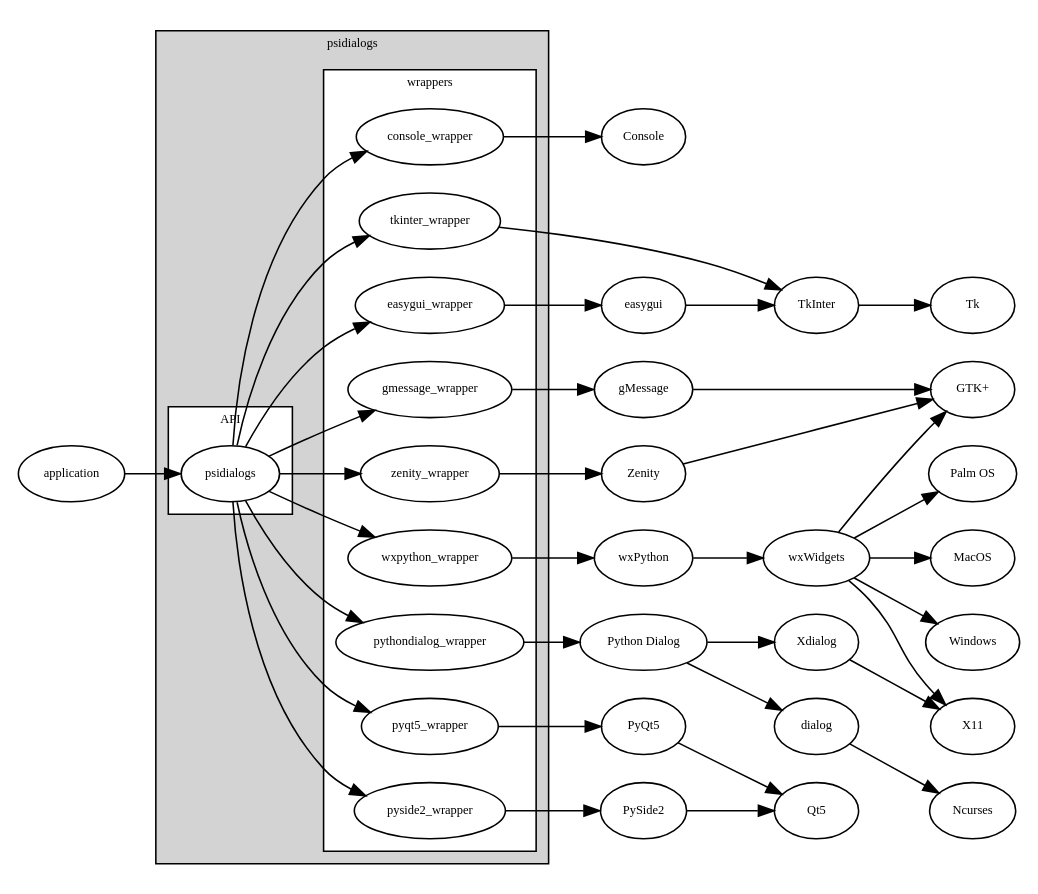
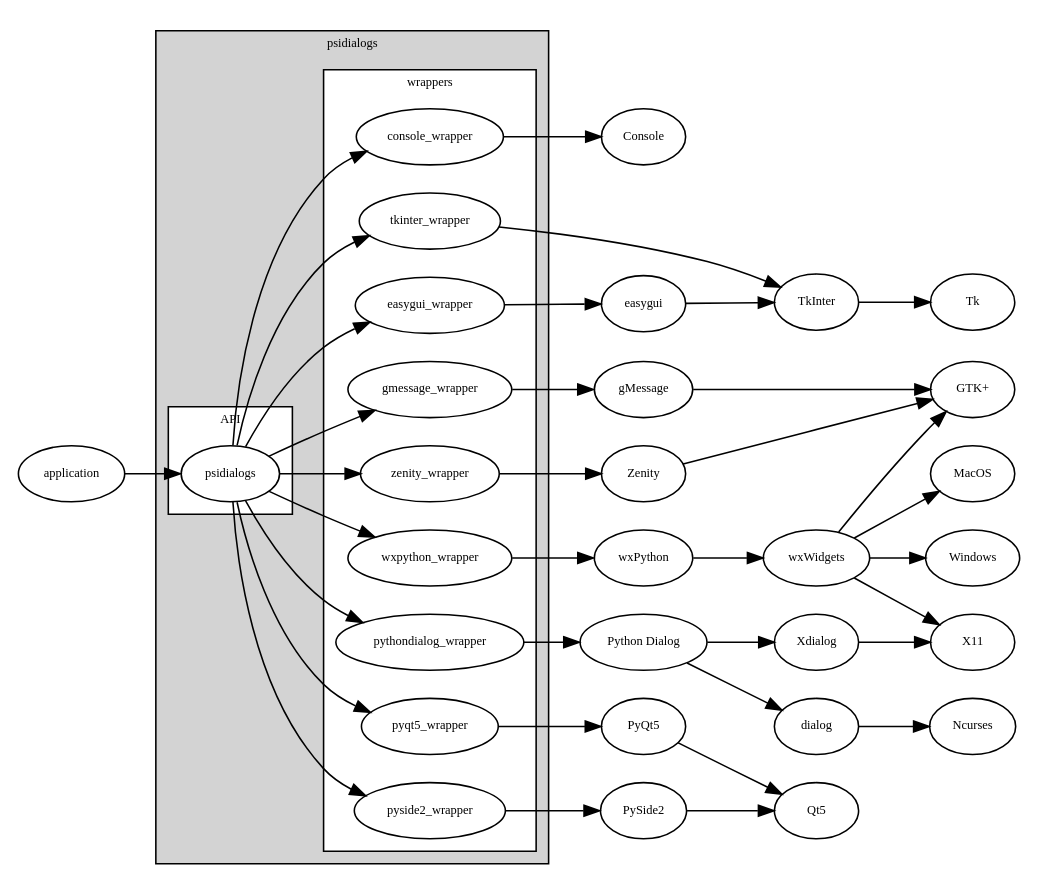
One commit to ponty/psidialogs changed the diagram in doc/hierarchy.dot. Above: the diagram before and after it, drawn with Graphviz. The commit also changed 1 other file, not shown here.

```diff
--- a/doc/hierarchy.dot
+++ b/doc/hierarchy.dot
@@ -1,51 +1,50 @@
 digraph G {
 rankdir=LR;
 node [fontsize=8];
 fontsize=8;
 
 subgraph cluster_0 {
 	label = "psidialogs";
 	style=filled;
 	fillcolor=lightgrey;
 	subgraph cluster_1 {
 		label = "API";
 		style=filled;
 		fillcolor=white;
 
 		psidialogs;
 	}
 	subgraph cluster_2 {
 		style=filled;
 		fillcolor=white;
 		label = "wrappers";
 
 		psidialogs -> console_wrapper;
 		psidialogs -> easygui_wrapper;
 		psidialogs -> gmessage_wrapper;
 		psidialogs -> pyqt5_wrapper;
 		psidialogs -> pyside2_wrapper;
 		psidialogs -> pythondialog_wrapper;
 		psidialogs -> tkinter_wrapper;
 		psidialogs -> wxpython_wrapper;
 		psidialogs -> zenity_wrapper;
 	}
 }
 console_wrapper -> Console;
 easygui_wrapper -> easygui -> TkInter -> Tk;
 gmessage_wrapper -> gMessage -> "GTK+";
 pyqt5_wrapper -> PyQt5 -> Qt5;
 pyside2_wrapper -> PySide2 -> Qt5;
 pythondialog_wrapper -> "Python Dialog" -> Xdialog -> X11;
 "Python Dialog"  -> dialog -> Ncurses;
 tkinter_wrapper -> TkInter;
 zenity_wrapper -> Zenity -> "GTK+";
 
 wxpython_wrapper -> wxPython -> wxWidgets;
 wxWidgets -> "GTK+";
 wxWidgets -> MacOS;
 wxWidgets -> Windows;
-wxWidgets -> "Palm OS";
 wxWidgets -> X11;
 
 application -> psidialogs;
 }
```
